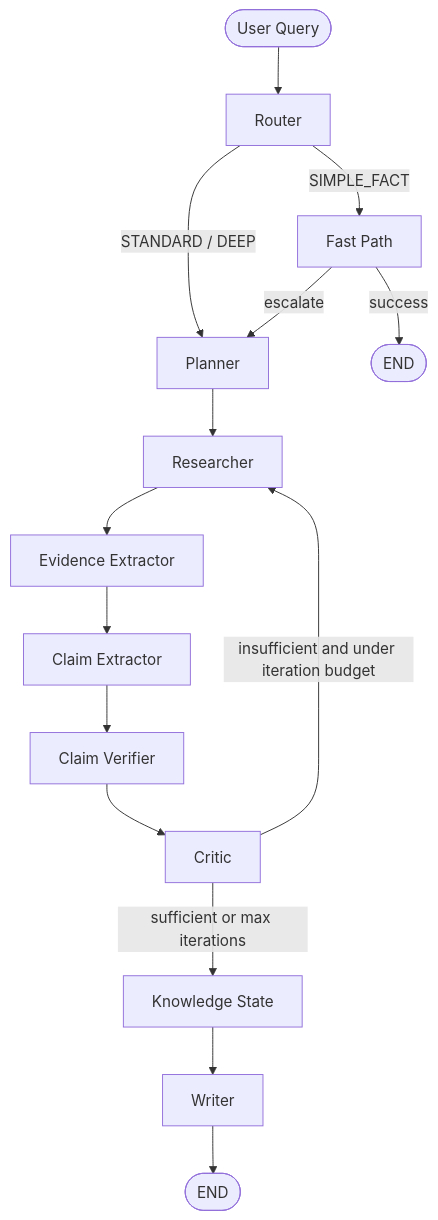
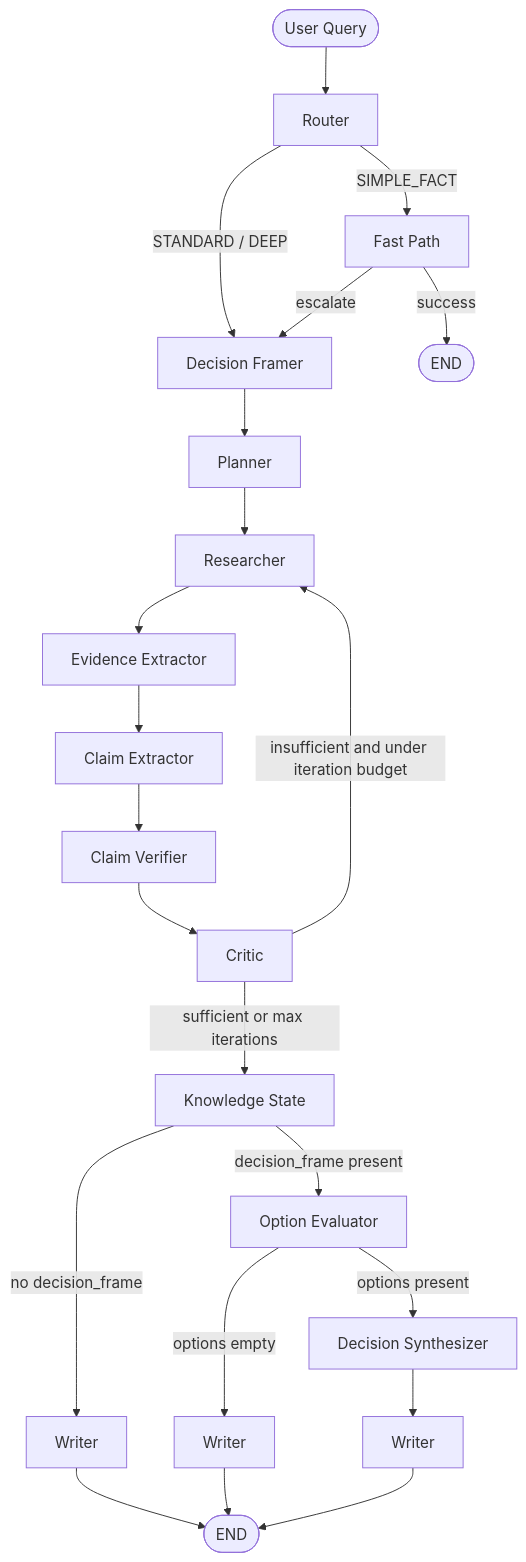
One commit to CodyGol/ResearchAgent changed the second of 2 diagrams in docs/architecture.md. Above: the diagram before and after it, drawn with Mermaid. The commit also changed other lines of this file and 5 other files, not shown here.

````diff
--- a/docs/architecture.md
+++ b/docs/architecture.md
@@ -35,21 +35,31 @@
 ```mermaid
 flowchart TD
     START([User Query]) --> ROUTER[Router]
 
     ROUTER -->|SIMPLE_FACT| FAST[Fast Path]
-    ROUTER -->|STANDARD / DEEP| PLANNER[Planner]
+    ROUTER -->|STANDARD / DEEP| FRAMER[Decision Framer]
 
     FAST -->|success| END1([END])
-    FAST -->|escalate| PLANNER
+    FAST -->|escalate| FRAMER
 
+    FRAMER --> PLANNER[Planner]
     PLANNER --> RESEARCHER[Researcher]
     RESEARCHER --> EVIDENCE[Evidence Extractor]
     EVIDENCE --> CLAIMS[Claim Extractor]
     CLAIMS --> VERIFIER[Claim Verifier]
     VERIFIER --> CRITIC[Critic]
 
     CRITIC -->|insufficient and under iteration budget| RESEARCHER
     CRITIC -->|sufficient or max iterations| KS[Knowledge State]
-    KS --> WRITER[Writer]
-    WRITER --> END2([END])
+
+    KS -->|no decision_frame| WRITER1[Writer]
+    KS -->|decision_frame present| OE[Option Evaluator]
+
+    OE -->|options empty| WRITER2[Writer]
+    OE -->|options present| DS[Decision Synthesizer]
+
+    DS --> WRITER3[Writer]
+    WRITER1 --> END2([END])
+    WRITER2 --> END2
+    WRITER3 --> END2
 ```
````
